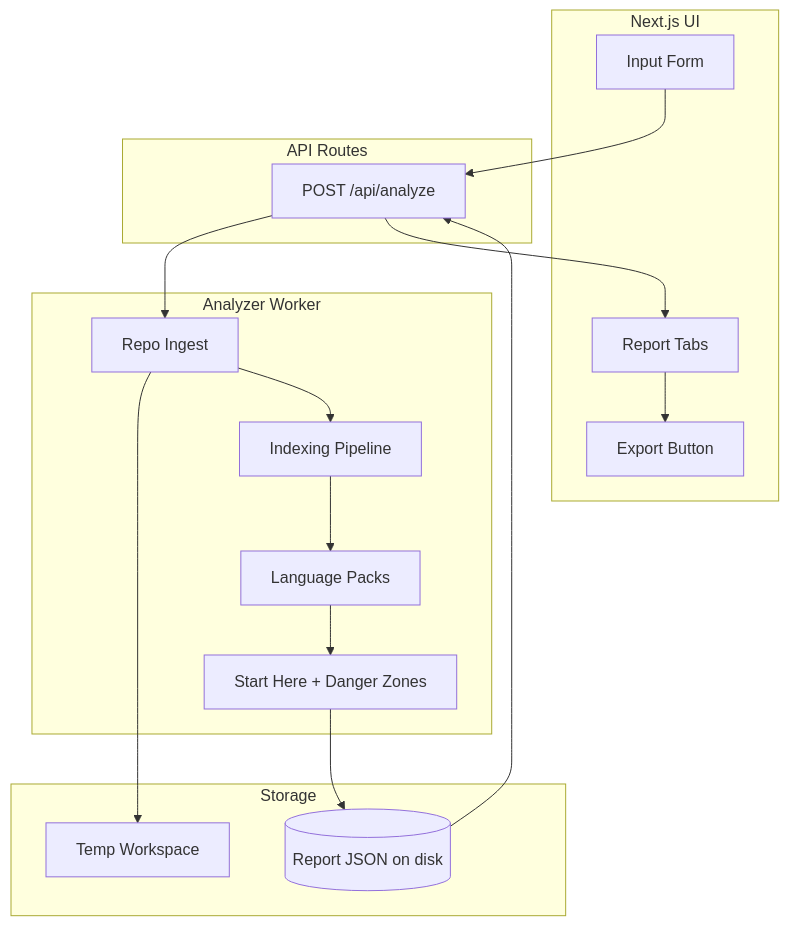
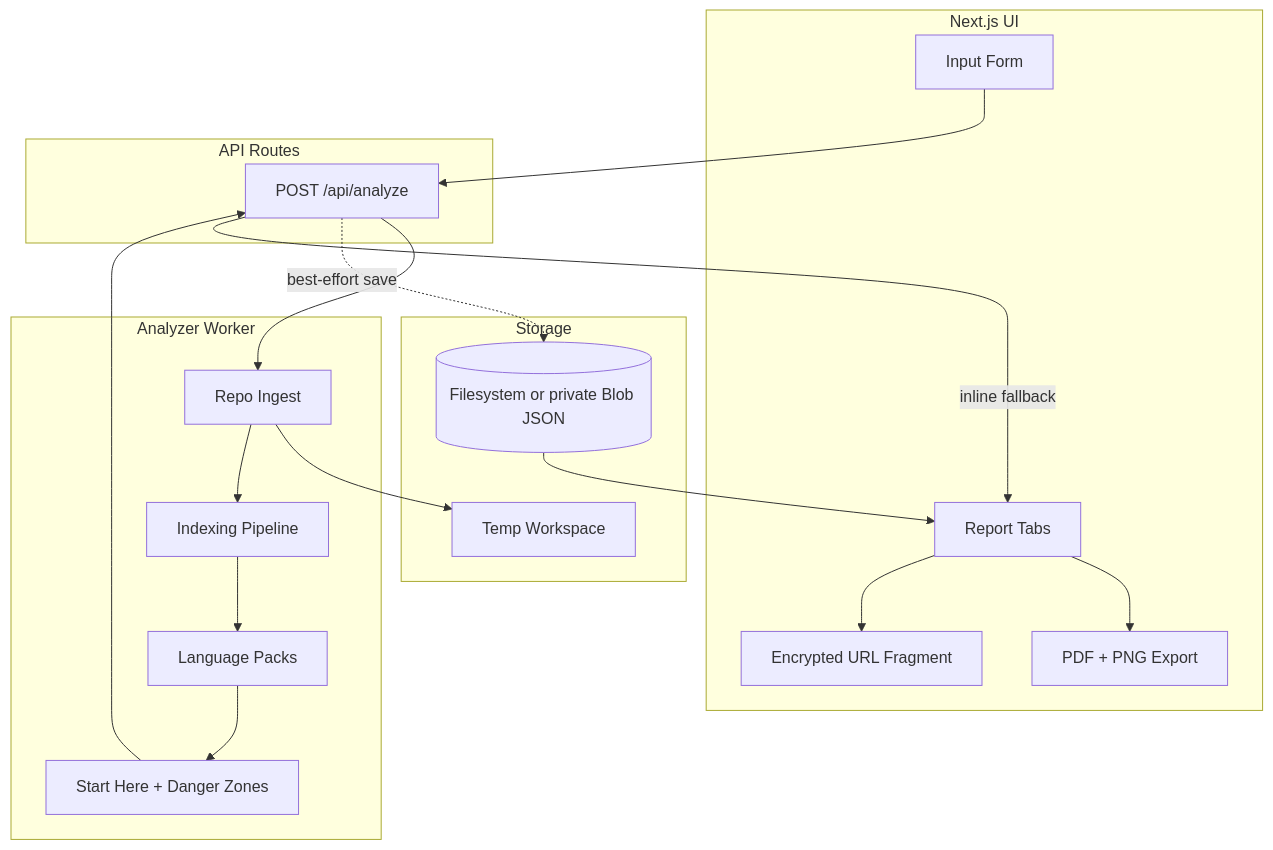
One commit to ChimdumebiNebolisa/RepoAtlas changed the first of 2 diagrams in docs/spec.md. Above: the diagram before and after it, drawn with Mermaid. The commit also changed other lines of this file and 1 other file, not shown here.

Commit message:
Align guides with live report behavior

````diff
--- a/docs/spec.md
+++ b/docs/spec.md
@@ -116,35 +133,38 @@
 ```mermaid
 flowchart TB
     subgraph UI [Next.js UI]
         Input[Input Form]
         Tabs[Report Tabs]
-        Export[Export Button]
+        Export[PDF + PNG Export]
+        PortableShare[Encrypted URL Fragment]
     end
 
     subgraph API [API Routes]
         Analyze[POST /api/analyze]
     end
 
     subgraph Worker [Analyzer Worker]
         Ingest[Repo Ingest]
         Index[Indexing Pipeline]
         Packs[Language Packs]
         Scoring[Start Here + Danger Zones]
     end
 
     subgraph Storage [Storage]
         TempWorkspace[Temp Workspace]
-        ReportJSON[(Report JSON on disk)]
+        ReportJSON[(Filesystem or private Blob JSON)]
     end
 
     Input --> Analyze
     Analyze --> Ingest
     Ingest --> TempWorkspace
     Ingest --> Index
     Index --> Packs
     Packs --> Scoring
-    Scoring --> ReportJSON
-    ReportJSON --> Analyze
-    Analyze --> Tabs
+    Scoring --> Analyze
+    Analyze -. best-effort save .-> ReportJSON
+    ReportJSON --> Tabs
+    Analyze -->|inline fallback| Tabs
     Tabs --> Export
+    Tabs --> PortableShare
 ```
````
